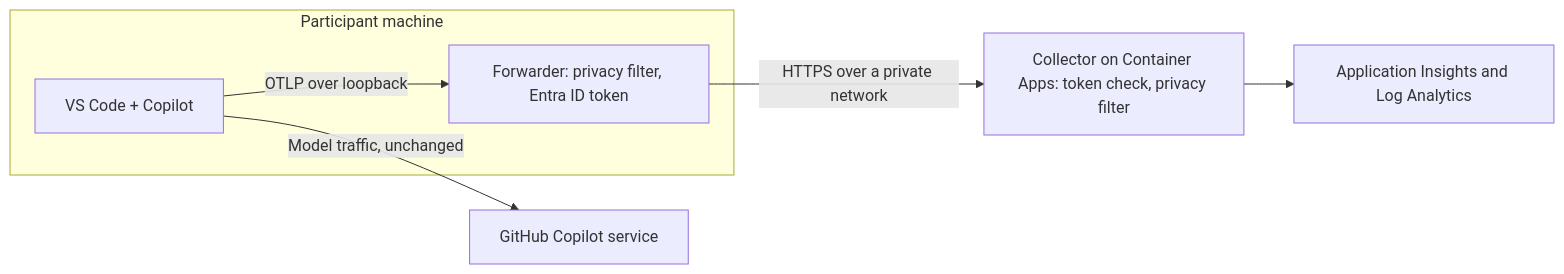
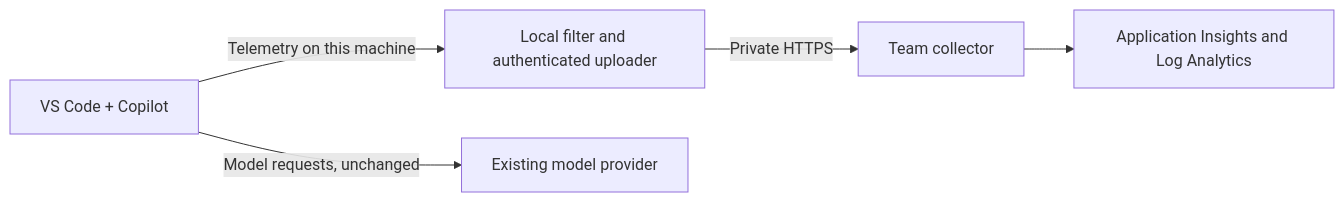
Before and after one commit to microsoft/copilot-insights: the diagram in README.md, drawn with Mermaid. The commit also changed other lines of this file and 41 other files, not shown here.

First line of the commit message:
feat: add local insights portal and Azure validation tooling

````diff
--- a/README.md
+++ b/README.md
@@ -41,9 +171,7 @@
 ```mermaid
 flowchart LR
-    subgraph Machine["Participant machine"]
-        VSC["VS Code + Copilot"] -->|"OTLP over loopback"| FWD["Forwarder: privacy filter, Entra ID token"]
-    end
-    FWD -->|"HTTPS over a private network"| COL["Collector on Container Apps: token check, privacy filter"]
-    COL --> STORE["Application Insights and Log Analytics"]
-    VSC -->|"Model traffic, unchanged"| GH["GitHub Copilot service"]
+    Editor["VS Code + Copilot"] -->|"Telemetry on this machine"| Forwarder["Local filter and authenticated uploader"]
+    Forwarder -->|"Private HTTPS"| Collector["Team collector"]
+    Collector --> Store["Application Insights and Log Analytics"]
+    Editor -->|"Model requests, unchanged"| Model["Existing model provider"]
 ```
````
